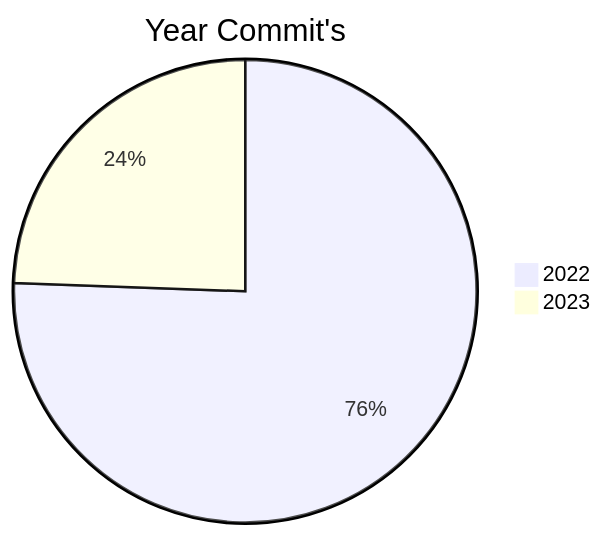
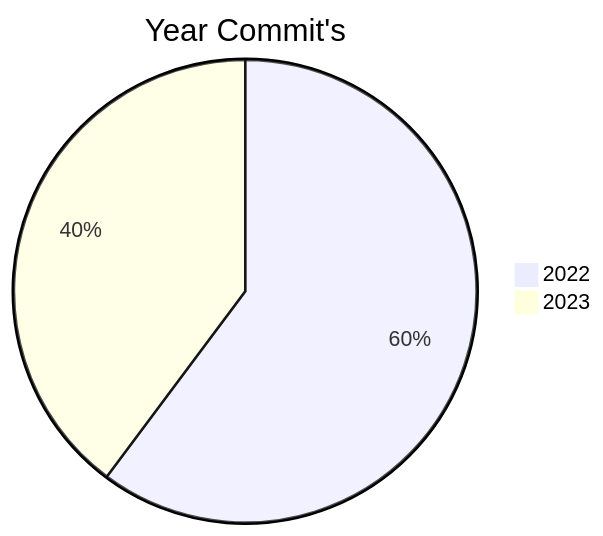
The first of 2 diagrams in README.md (BackdevHong/YOC), drawn with Mermaid before and after one commit. The commit also changed other lines of this file, not shown here.

````diff
--- a/README.md
+++ b/README.md
@@ -8,5 +8,5 @@
 ```mermaid
 pie title Year Commit's
     "2022" : 767
-    "2023" : 248
+    "2023" : 507
 ```
````
